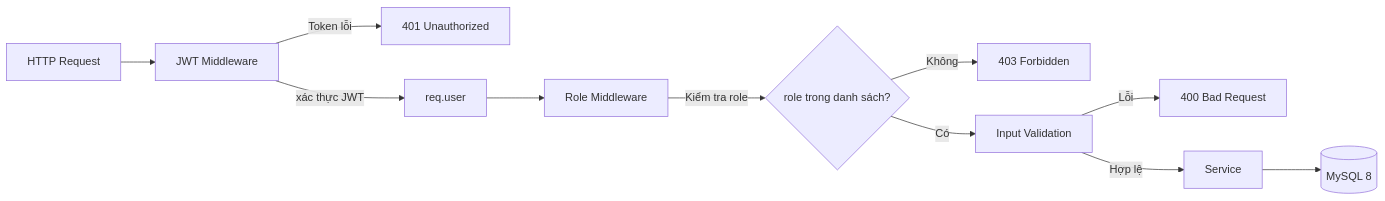
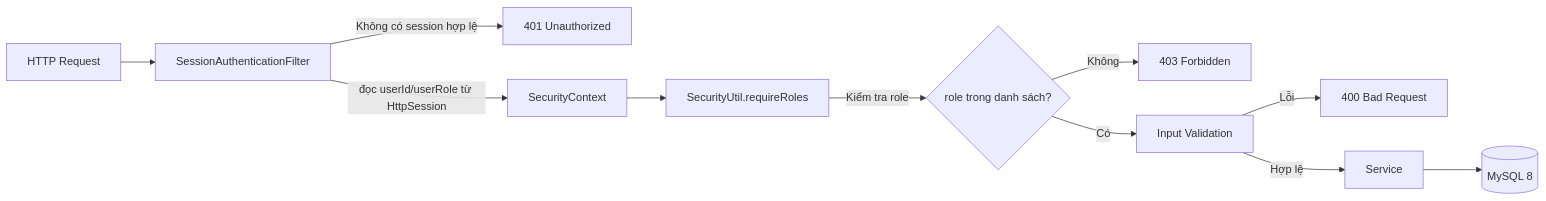
One commit to nghiaxh/hr-management changed the sixth of 24 diagrams in docs/SDD.md. Above: the diagram before and after it, drawn with Mermaid. The commit also changed other lines of this file and 8 other files, not shown here.

Commit message:
docs: align docs with session auth and codebase

````diff
--- a/docs/SDD.md
+++ b/docs/SDD.md
@@ -506,13 +470,13 @@
 ```mermaid
 graph LR
-    REQ[HTTP Request] --> AUTH[JWT Middleware]
-    AUTH -->|xác thực JWT| REQUSER[req.user]
-    REQUSER --> ROLES[Role Middleware]
+    REQ[HTTP Request] --> AUTH[SessionAuthenticationFilter]
+    AUTH -->|đọc userId/userRole từ HttpSession| SECCTX[SecurityContext]
+    SECCTX --> ROLES[SecurityUtil.requireRoles]
     ROLES -->|Kiểm tra role| CHECK{role trong danh sách?}
     CHECK -->|Có| VAL[Input Validation]
     CHECK -->|Không| 403[403 Forbidden]
-    AUTH -->|Token lỗi| 401[401 Unauthorized]
+    AUTH -->|Không có session hợp lệ| 401[401 Unauthorized]
     VAL -->|Hợp lệ| SRV[Service]
     VAL -->|Lỗi| 400[400 Bad Request]
     SRV --> DB[(MySQL 8)]
 ```
````
